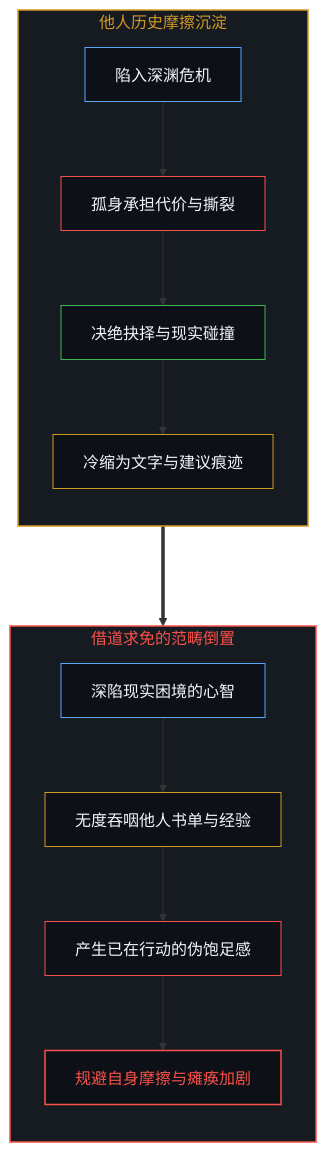
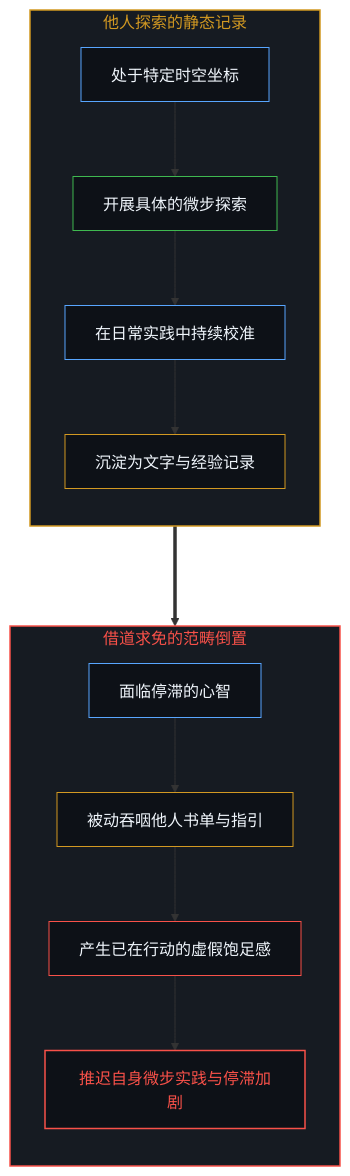
Before and after one commit to powerpig99/not-a-toe: the first of 10 diagrams in content/posts/choice-itself-has-no-inherent-weight.md, drawn with Mermaid. The commit also changed other lines of this file and 4 other files, not shown here.

Commit message:
Purge hardness framing: choice has zero cost when gradual; only perceivable improvement

````diff
--- a/content/posts/choice-itself-has-no-inherent-weight.md
+++ b/content/posts/choice-itself-has-no-inherent-weight.md
@@ -15,29 +15,29 @@
 ```mermaid
 graph TD
-    subgraph S_Other ["他人历史摩擦沉淀"]
+    subgraph S_Other ["他人探索的静态记录"]
         direction TB
-        O_Crisis["陷入深渊危机"] --> O_Cost["孤身承担代价与撕裂"]
-        O_Cost --> O_Choice["决绝抉择与现实碰撞"]
-        O_Choice --> O_Trace["冷缩为文字与建议痕迹"]
+        O_Context["处于特定时空坐标"] --> O_Explore["开展具体的微步探索"]
+        O_Explore --> O_Adjust["在日常实践中持续校准"]
+        O_Adjust --> O_Trace["沉淀为文字与经验记录"]
     end
 
     subgraph S_Inversion ["借道求免的范畴倒置"]
         direction TB
-        I_Seek["深陷现实困境的心智"] --> I_Consume["无度吞咽他人书单与经验"]
-        I_Consume --> I_Illusion["产生已在行动的伪饱足感"]
-        I_Illusion --> I_Paralysis["规避自身摩擦与瘫痪加剧"]
+        I_Seek["面临停滞的心智"] --> I_Consume["被动吞咽他人书单与指引"]
+        I_Consume --> I_Illusion["产生已在行动的虚假饱足感"]
+        I_Illusion --> I_Paralysis["推迟自身微步实践与停滞加剧"]
     end
 
     O_Trace ===> I_Seek
 
     style S_Other fill:#161b22,stroke:#d29922,stroke-width:1.5px,color:#d29922
     style S_Inversion fill:#161b22,stroke:#f85149,stroke-width:1.5px,color:#f85149
-    style O_Crisis fill:#0d1117,stroke:#58a6ff,stroke-width:1px,color:#f0f6fc
-    style O_Cost fill:#0d1117,stroke:#f85149,stroke-width:1px,color:#f0f6fc
-    style O_Choice fill:#0d1117,stroke:#3fb950,stroke-width:1px,color:#f0f6fc
+    style O_Context fill:#0d1117,stroke:#58a6ff,stroke-width:1px,color:#f0f6fc
+    style O_Explore fill:#0d1117,stroke:#3fb950,stroke-width:1px,color:#f0f6fc
+    style O_Adjust fill:#0d1117,stroke:#58a6ff,stroke-width:1px,color:#f0f6fc
     style O_Trace fill:#0d1117,stroke:#d29922,stroke-width:1px,color:#f0f6fc
     style I_Seek fill:#0d1117,stroke:#58a6ff,stroke-width:1px,color:#f0f6fc
     style I_Consume fill:#0d1117,stroke:#d29922,stroke-width:1px,color:#f0f6fc
     style I_Illusion fill:#0d1117,stroke:#f85149,stroke-width:1px,color:#f0f6fc
     style I_Paralysis fill:#0d1117,stroke:#f85149,stroke-width:1.5px,color:#f85149
 ```
````
